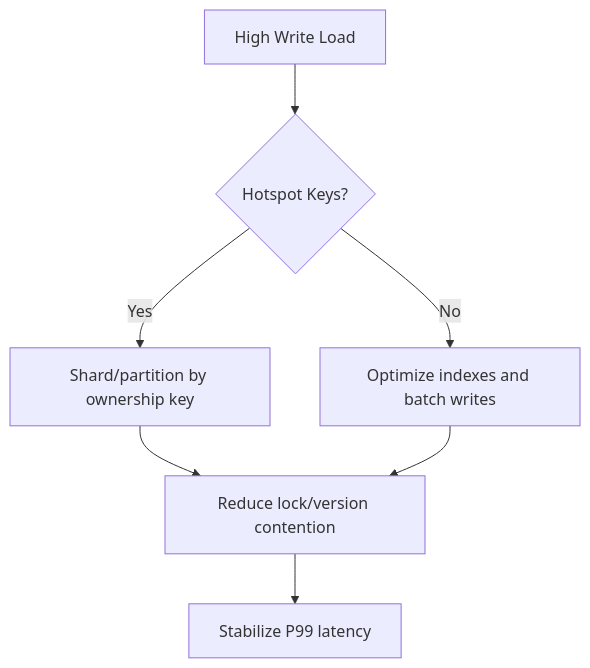
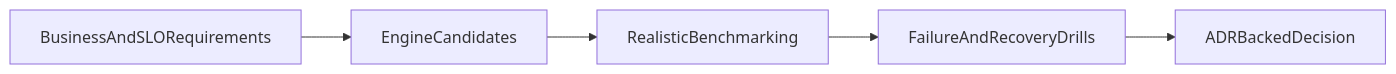
One commit to GabrielAlmeidaFlores/Senior-Software-Architect changed the diagram in database/database-masterclass/02-relational-engines/03-postgres-vs-mysql-comparison.md. Above: the diagram before and after it, drawn with Mermaid. The commit also changed other lines of this file and 19 other files, not shown here.

````diff
--- a/database/database-masterclass/02-relational-engines/03-postgres-vs-mysql-comparison.md
+++ b/database/database-masterclass/02-relational-engines/03-postgres-vs-mysql-comparison.md
@@ -58,9 +116,7 @@
 ```mermaid
-flowchart TD
-    A[High Write Load] --> B{Hotspot Keys?}
-    B -- Yes --> C[Shard/partition by ownership key]
-    B -- No --> D[Optimize indexes and batch writes]
-    C --> E[Reduce lock/version contention]
-    D --> E
-    E --> F[Stabilize P99 latency]
+flowchart LR
+    reqs[BusinessAndSLORequirements] --> candidate[EngineCandidates]
+    candidate --> bench[RealisticBenchmarking]
+    bench --> failover[FailureAndRecoveryDrills]
+    failover --> decision[ADRBackedDecision]
 ```
````
